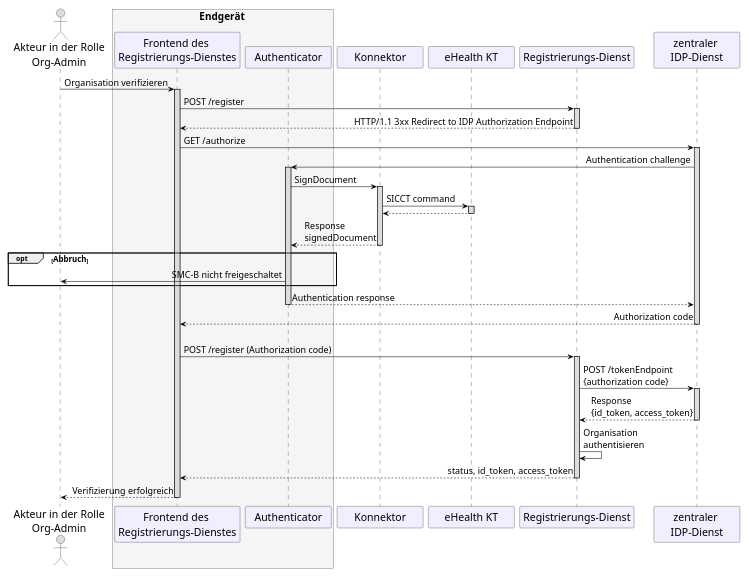
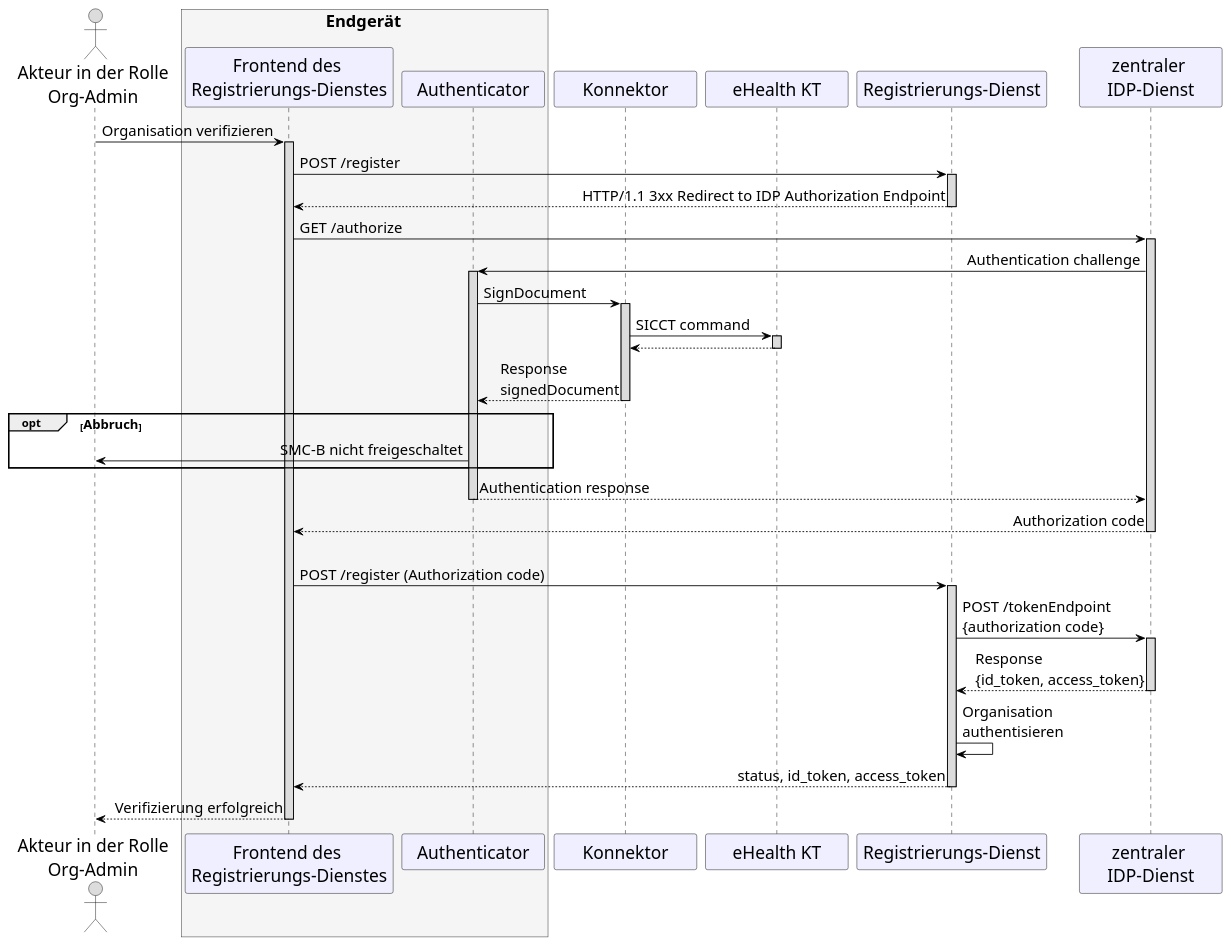
One commit to gematik/api-ti-messenger changed the diagram in src/plantuml/TI-Messenger-Dienst/Ressourcen/UC_10103_Seq.puml. Above: the diagram before and after it, drawn with PlantUML.

```diff
--- a/src/plantuml/TI-Messenger-Dienst/Ressourcen/UC_10103_Seq.puml
+++ b/src/plantuml/TI-Messenger-Dienst/Ressourcen/UC_10103_Seq.puml
@@ -9,79 +9,79 @@
 @startuml
 skinparam sequenceMessageAlign direction
 skinparam WrapWidth 300
 skinparam minClassWidth 150
 skinparam BoxPadding 1
-scale max 850 width
+scale max 2048 width
 
 skinparam sequence {
 ArrowColor black
 ArrowFontSize 17
 ActorBorderColor black
 LifeLineBorderColor black
 LifeLineBackgroundColor Gainsboro
 
 ParticipantBorderColor Motivation
 ParticipantBackgroundColor Motivation
 ParticipantFontName Impact
 ParticipantFontSize 20
 ParticipantFontColor black
 ParticipantBorderColor Black
 ParticipantBackgroundColor MOTIVATION
 
 ActorBackgroundColor Gainsboro
 ActorFontColor black
 ActorFontSize 20
 ActorFontName Aapex
 }
 
   actor oa as "Akteur in der Rolle\nOrg-Admin"
     box <size:19>Endgerät</size> #WhiteSmoke
     participant wb as "Frontend des \nRegistrierungs-Dienstes"
     participant au as "Authenticator"
     end box
   participant ko as "Konnektor"
   participant kt as "eHealth KT"
   participant rd as "Registrierungs-Dienst"
   participant ip as "zentraler \nIDP-Dienst"
 
   oa -> wb: Organisation verifizieren
     activate wb
   wb -> rd:POST /register 
     activate rd
   rd --> wb: HTTP/1.1 3xx Redirect to IDP Authorization Endpoint
     deactivate rd
   wb -> ip: GET /authorize
     activate ip
   ip -> au: Authentication challenge
     activate au
   au -> ko: SignDocument
     activate ko
   ko -> kt: SICCT command
     activate kt
   kt --> ko
     deactivate kt
   ko --> au: Response \nsignedDocument
     deactivate ko
 
 opt <size:15>Abbruch</size>
   au -> oa: SMC-B nicht freigeschaltet
 end
 
   au -->ip: Authentication response
     deactivate au
   ip --> wb: Authorization code
     deactivate ip
 |||
   wb -> rd: POST /register (Authorization code)
     activate rd
   rd -> ip: POST /tokenEndpoint\n{authorization code}
     activate ip
   ip --> rd: Response\n{id_token, access_token}
     deactivate ip
   rd -> rd: Organisation \nauthentisieren
   rd --> wb: status, id_token, access_token
     deactivate rd
   wb --> oa: Verifizierung erfolgreich
     deactivate wb
     
 @enduml
```
